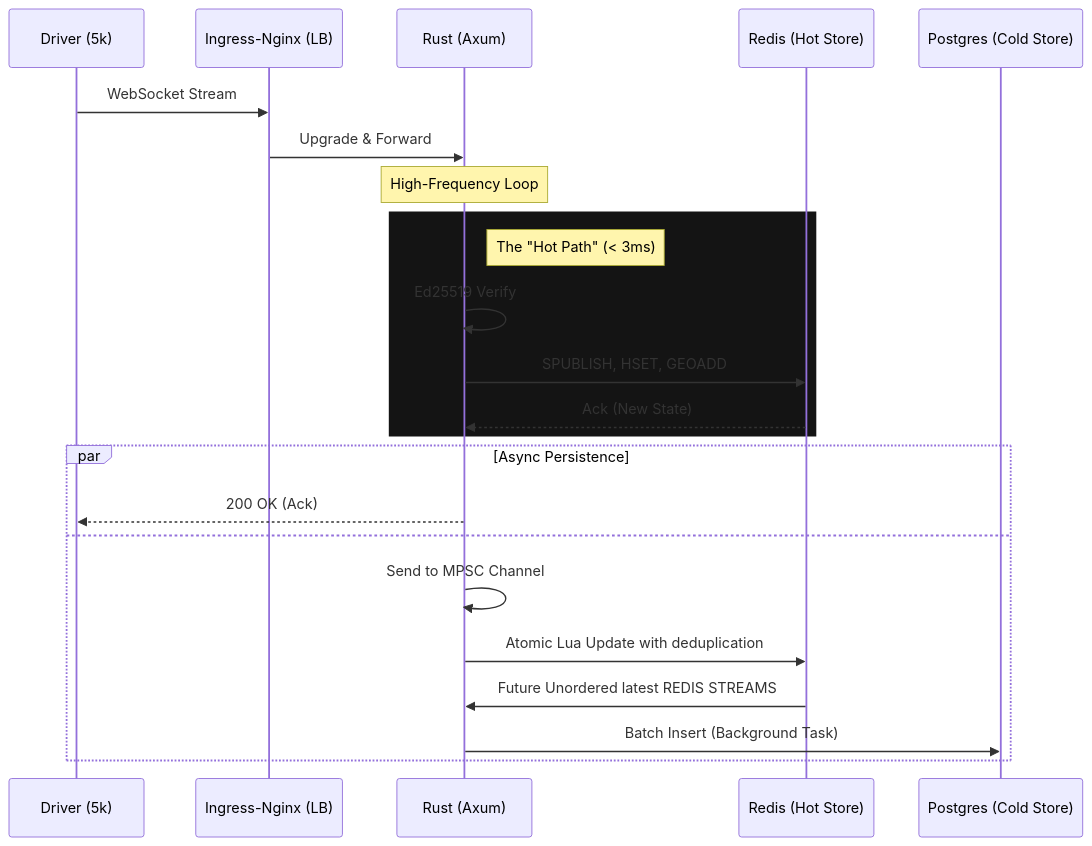
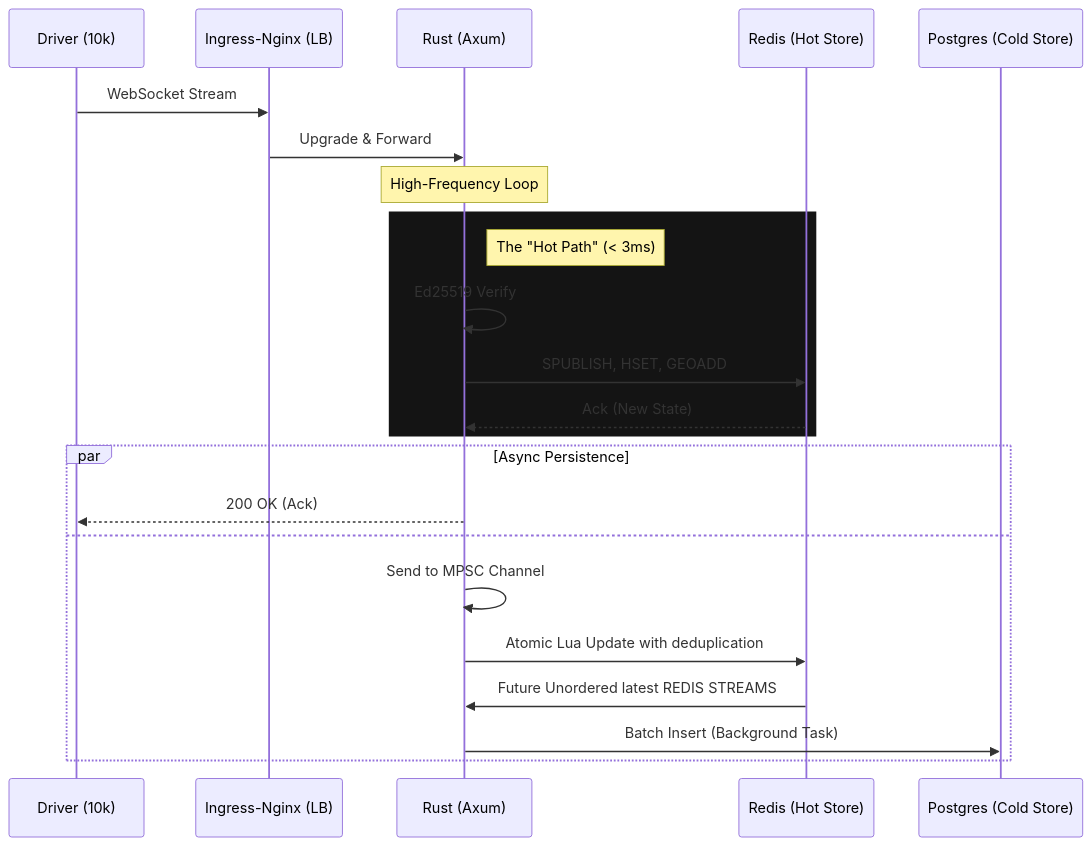
Before and after one commit to fossabot/high-concurrency-logistics-engine: the first of 2 diagrams in README.md, drawn with Mermaid. The commit also changed other lines of this file, not shown here.

````diff
--- a/README.md
+++ b/README.md
@@ -75,29 +75,29 @@
 ```mermaid
 sequenceDiagram
-    participant C as Driver (5k)
+    participant C as Driver (10k)
     participant N as Ingress-Nginx (LB)
     participant R as Rust (Axum)
     participant D as Redis (Hot Store)
     participant P as Postgres (Cold Store)
 
     C->>N: WebSocket Stream
     N->>R: Upgrade & Forward
     
     Note over R: High-Frequency Loop
     
     rect rgb(20, 20, 20)
         Note right of R: The "Hot Path" (< 3ms)
         R->>R: Ed25519 Verify
         R->>D: SPUBLISH, HSET, GEOADD
         D-->>R: Ack (New State)
     end
 
     par Async Persistence
         R-->>C: 200 OK (Ack)
         and
         R->>R: Send to MPSC Channel
         R->>D: Atomic Lua Update with deduplication
         D->>R: Future Unordered latest REDIS STREAMS
         R->>P: Batch Insert (Background Task)
     end
 ```
````
